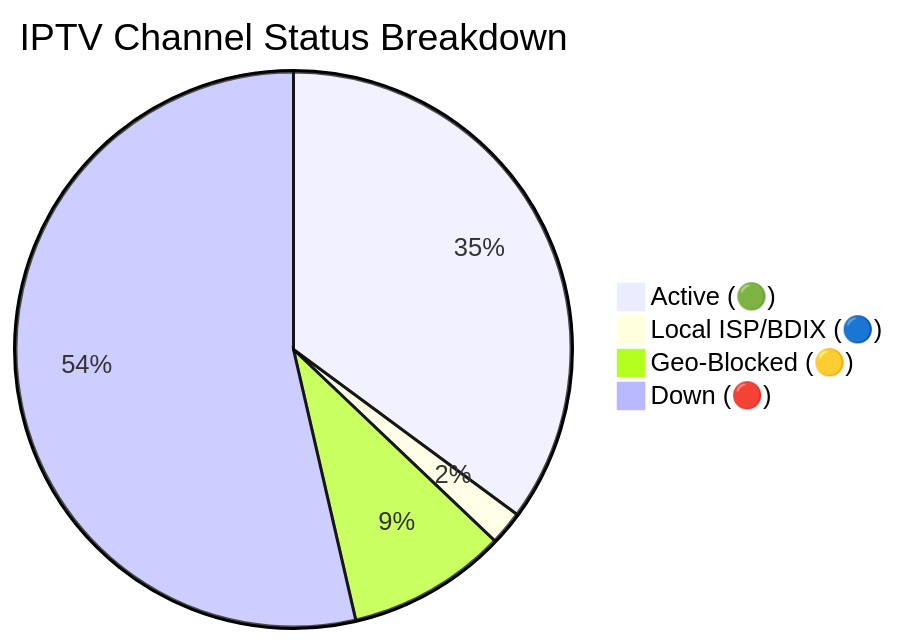
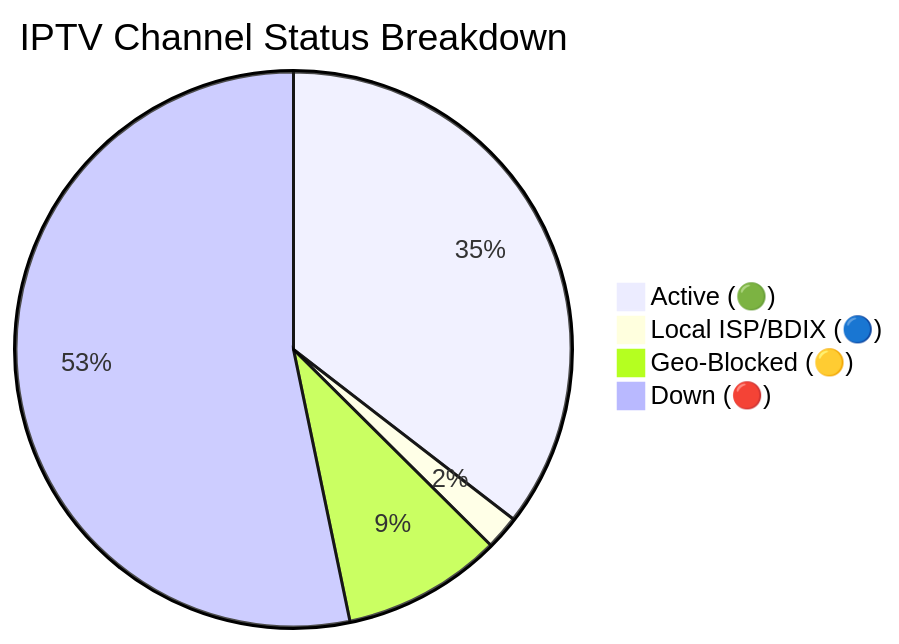
The diagram in README.md (andreataylord/Ip-tv-Collection), drawn with Mermaid before and after one commit. The commit also changed other lines of this file and 1 other file, not shown here.

Commit message:
docs(readme): auto-update daily channel status chart

````diff
--- a/README.md
+++ b/README.md
@@ -59,7 +59,7 @@
 ```mermaid
 pie title IPTV Channel Status Breakdown
-    "Active (🟢)" : 2273
+    "Active (🟢)" : 2295
     "Local ISP/BDIX (🔵)" : 128
     "Geo-Blocked (🟡)" : 602
-    "Down (🔴)" : 3469
+    "Down (🔴)" : 3447
 ```
````
